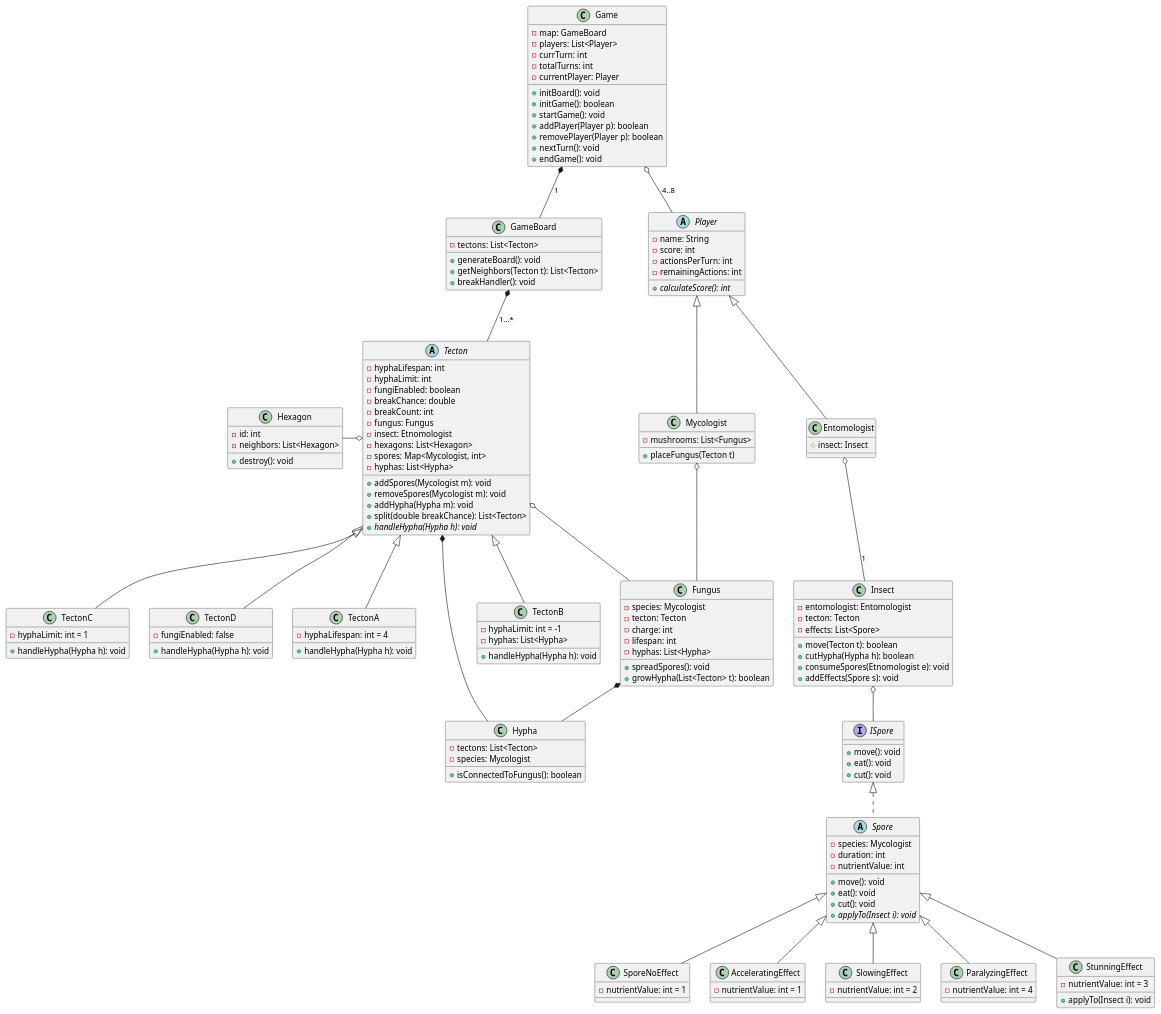
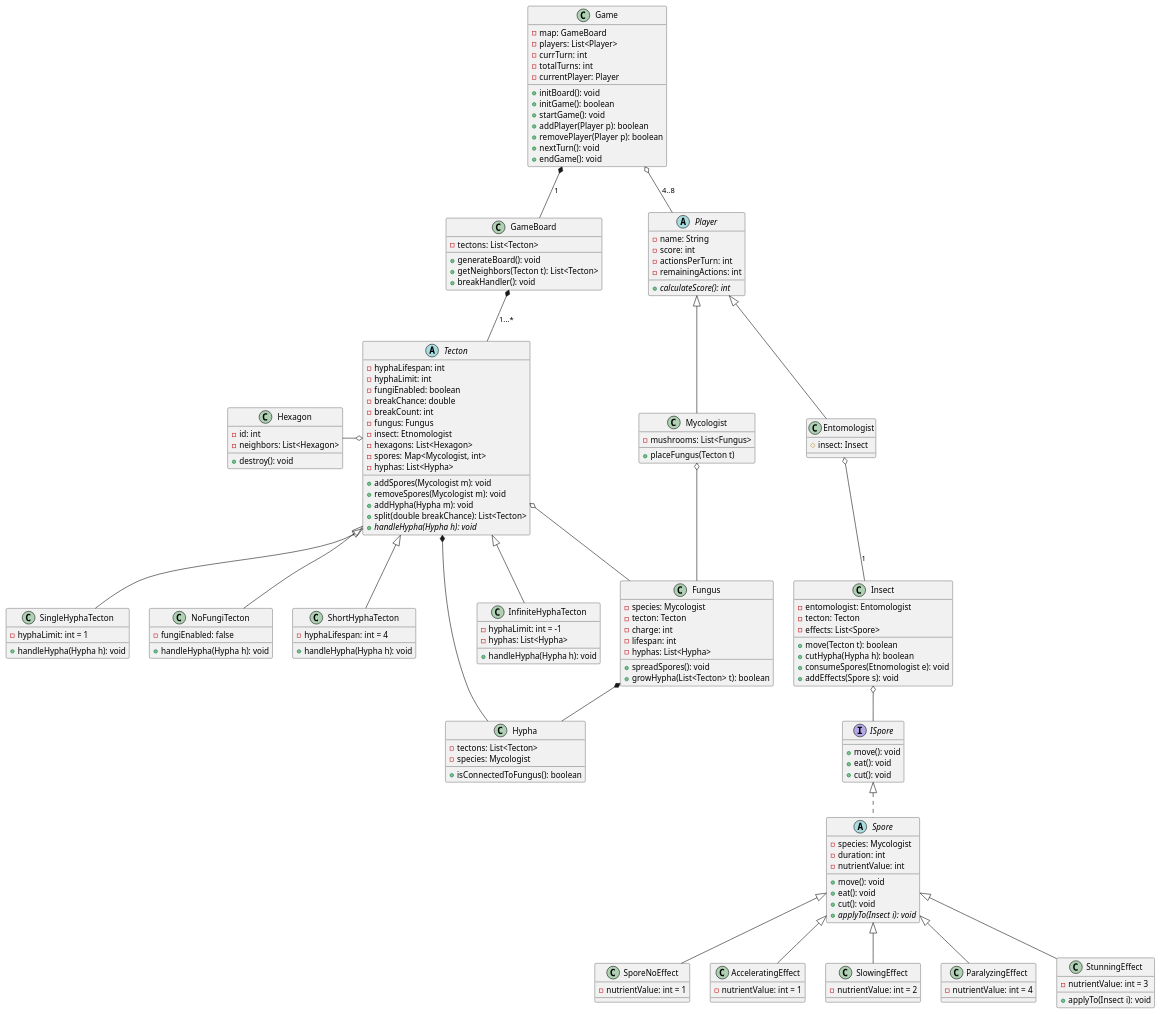
The diagram in UML/Class/classDiagAlt.plantuml (hujberhunor/SzomiSztegoProjlab), drawn with PlantUML before and after one commit. The commit also changed 3 other files, not shown here.

```diff
--- a/UML/Class/classDiagAlt.plantuml
+++ b/UML/Class/classDiagAlt.plantuml
@@ -5,188 +5,188 @@
 @startuml ALTClassDiag
 
 class Game {
   - map: GameBoard
   - players: List<Player>
   - currTurn: int
   - totalTurns: int
   - currentPlayer: Player
   ' Initeli a tektonokat és a hexagonokat
   + initBoard(): void
   ' Initeli a játéklogikát és a játékosokat. 
   + initGame(): boolean
   + startGame(): void
   + addPlayer(Player p): boolean
   + removePlayer(Player p): boolean
   + nextTurn(): void
   + endGame(): void
 }
 
 class GameBoard {
   - tectons: List<Tecton>
   + generateBoard(): void
   + getNeighbors(Tecton t): List<Tecton>
   ' Kezeli a tekton töréseket
   + breakHandler(): void
 }
 
 abstract class Tecton {
     ' Meddig él meg a fonal
   - hyphaLifespan: int
   - hyphaLimit: int 
   - fungiEnabled: boolean
   ' Tötésnél változnak ezek az attribek. GB.BreakHandler kezeli VALAHOGY
   - breakChance: double
   - breakCount: int
   - fungus: Fungus
   - insect: Etnomologist
   - hexagons: List<Hexagon>
   ' Kinek mennyi spórája van a tektonon, mindenki csak a sajátjából növeszthet fungust.
   - spores: Map<Mycologist, int>
 ' A hypha tudja magáról, hogy ő kinek a fonala
   - hyphas: List<Hypha>
   + addSpores(Mycologist m): void
   + removeSpores(Mycologist m): void
   ' Accept hypha ként működik
   + addHypha(Hypha m): void
   + split(double breakChance): List<Tecton>
   {abstract} + handleHypha(Hypha h): void
 }
 
 class Hexagon {
   - id: int
   - neighbors: List<Hexagon>
   + destroy(): void
 }
 
-class TectonA extends Tecton {
+class ShortHyphaTecton extends Tecton {
   ' 4 kör után a fonalak felszívódnak
   - hyphaLifespan: int = 4
   + handleHypha(Hypha h): void
 }
-class TectonB extends Tecton{
+class InfiniteHyphaTecton extends Tecton{
   ' Végtelen mennyiségű fonal mehet keresztül a tektonon
   - hyphaLimit: int = -1 
   - hyphas: List<Hypha>
   + handleHypha(Hypha h): void
 }
-class TectonC extends Tecton{
+class SingleHyphaTecton extends Tecton{
   ' Csak egyfajta fonal nőhet 
   - hyphaLimit: int = 1 
   + handleHypha(Hypha h): void
 }
-class TectonD extends Tecton{
+class NoFungiTecton extends Tecton{
   ' Nem helyezhető gomba a mezőre
   - fungiEnabled: false
   + handleHypha(Hypha h): void
 }
 
 abstract class Player {
   - name: String
   - score: int
   - actionsPerTurn: int
   - remainingActions: int
 '  + performAction(): void
   {abstract} + calculateScore(): int
 }
 
 ' Player type 1
 class Mycologist extends Player {
   - mushrooms: List<Fungus>
   + placeFungus(Tecton t)
 }
 
 class Fungus {
   - species: Mycologist
   - tecton: Tecton
   - charge: int 
   - lifespan: int 
   - hyphas: List<Hypha>
   ' Környező mezőkre spredel, tehát a tecton közvetlen szomszédaira feltéve ha nincs 3 charge 
   + spreadSpores(): void
   + growHypha(List<Tecton> t): boolean
 }
 
 class Hypha {
   - tectons: List<Tecton>
   - species: Mycologist
   ' Lefuttatjuk az elszakadt gomba két végére és megtudjuk melyik nincs gombatesthez kötve 
   + isConnectedToFungus(): boolean
 }
 
 
 interface ISpore {
     + move(): void
     + eat(): void
     + cut(): void
 }
 
 ' Megvalósítja az interface-t emiatt bővíthetőbb
 ' Minden leszármazott megvalósítja az interface-t tehát minden 
 ' leszármazottnak saját move() etc metodusa van
 ' Így nem kell az INSECT class-t baszogatni
 abstract class Spore implements ISpore {
   - species: Mycologist
   - duration: int
   - nutrientValue: int
   + move(): void
   + eat(): void
   + cut(): void
   {abstract} + applyTo(Insect i): void
 }
 
 class SporeNoEffect extends Spore {
   - nutrientValue: int = 1
 }
 
 class AcceleratingEffect extends Spore {
   - nutrientValue: int = 1
 }
 
 class SlowingEffect extends Spore {
   - nutrientValue: int = 2
 }
 
 class ParalyzingEffect extends Spore {
   - nutrientValue: int = 4
 }
 
 class StunningEffect extends Spore {
   - nutrientValue: int = 3
   + applyTo(Insect i): void
 }
 
 ' Player type 2
 class Entomologist extends Player {
   # insect: Insect
 }
 
 class Insect {
   - entomologist: Entomologist
   - tecton: Tecton
   - effects: List<Spore>
   + move(Tecton t): boolean
   + cutHypha(Hypha h): boolean
   + consumeSpores(Etnomologist e): void  
   ' Hozzáadja az effect listához az effected és modifikálja az insect attribeket.
   + addEffects(Spore s): void
 }
 
 ' Relationships
 Game *-- GameBoard: 1
 Game o--  Player: 4..8
 GameBoard *--  Tecton: 1...*
 
 Mycologist o--  Fungus
 Entomologist o--  Insect: 1
 
 Hypha -d-* Tecton
 'Hypha -- Mycologist
 
 Insect o-- ISpore 
 
 Tecton o--  Fungus
 
 Tecton o-l- Hexagon
 
 Fungus *-- Hypha
 @enduml
```
